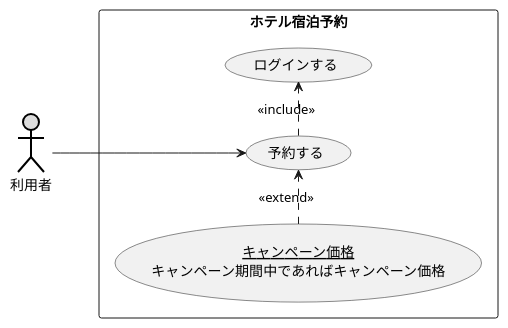
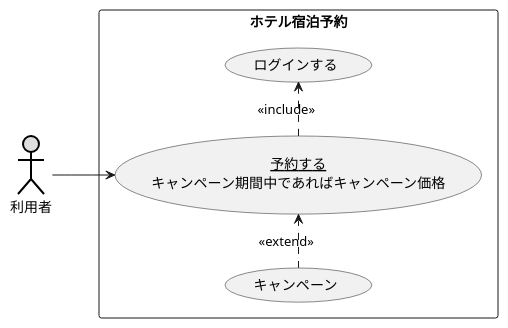
Before and after one commit to mimoza126/uml-introduction: the diagram in 演習2-4_キャンペーン中のホテルの宿泊予約.pu, drawn with PlantUML.

Commit message:
2-4の修正

```diff
--- a/演習2-4_キャンペーン中のホテルの宿泊予約.pu
+++ b/演習2-4_キャンペーン中のホテルの宿泊予約.pu
@@ -1,12 +1,12 @@
 @startuml ユースケース図
 left to right direction
 actor 利用者 #DDDDDD;line:black;line.bold;
 rectangle ホテル宿泊予約{
-    usecase 予約する
     usecase ログインする
-    usecase (<u>キャンペーン価格</u>\nキャンペーン期間中であればキャンペーン価格) as input
+    usecase キャンペーン
+    usecase (<u>予約する</u>\nキャンペーン期間中であればキャンペーン価格) as input
 }
-予約する.>ログインする :<<include>>
-input .> (予約する) : <<extend>>
-利用者-->予約する
+input.> ログインする:<<include>>
+ (キャンペーン)   .>input : <<extend>>
+利用者-->input
 @enduml
```
